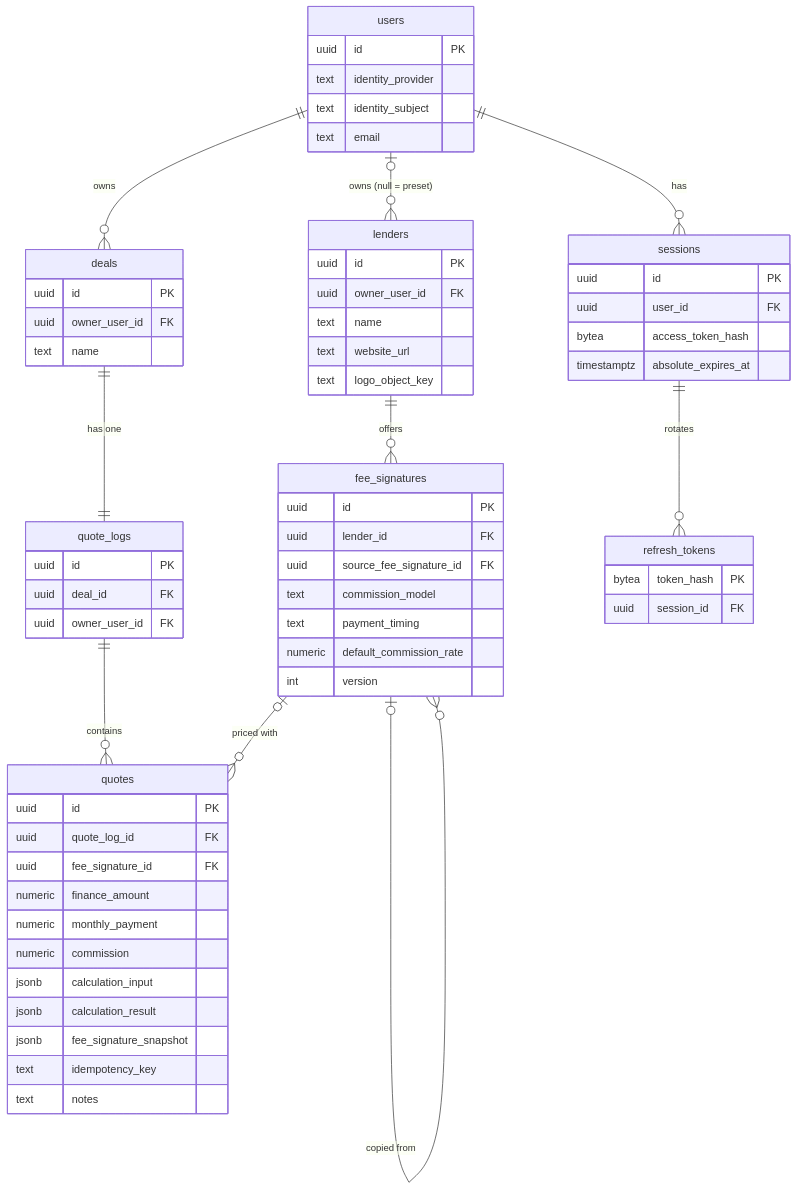
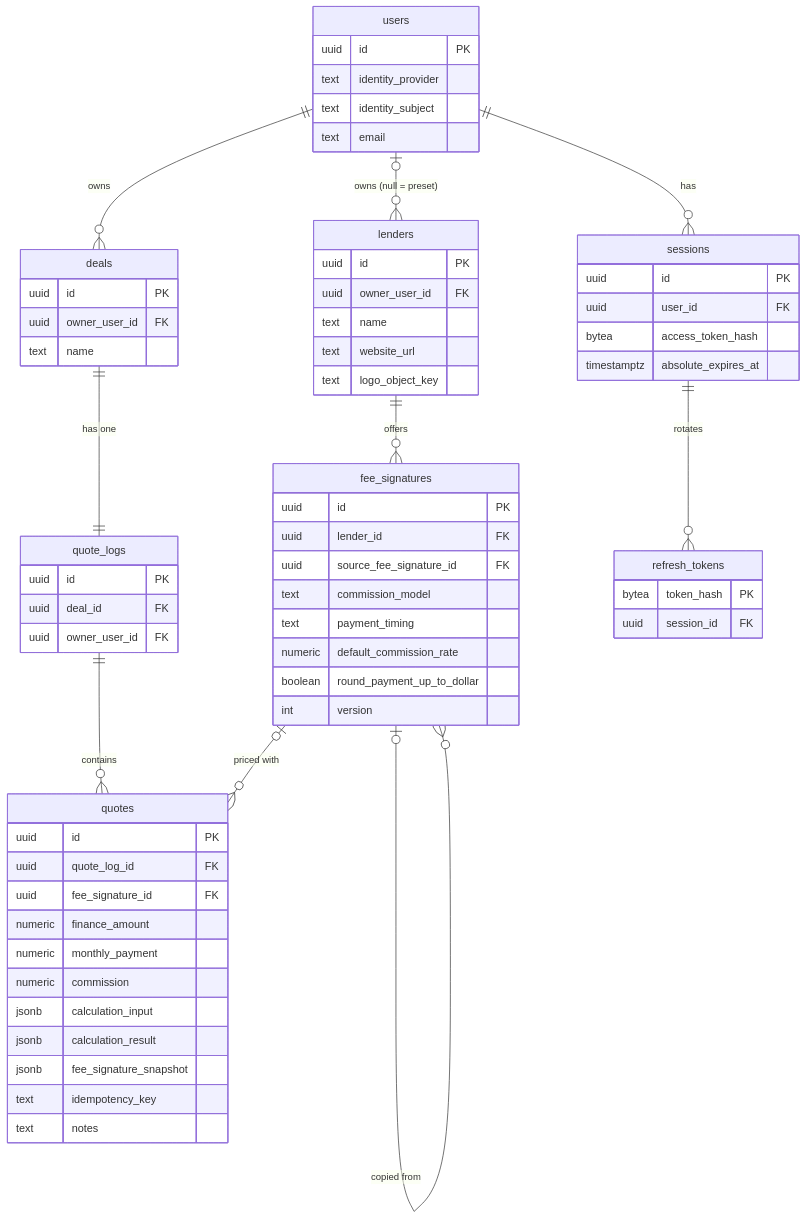
Before and after one commit to maharudraabhishek/swyft-loan-calculator: the third of 3 diagrams in README.md, drawn with Mermaid. The commit also changed other lines of this file and 91 other files, not shown here.

````diff
--- a/README.md
+++ b/README.md
@@ -91,68 +94,69 @@
 ```mermaid
 erDiagram
   users ||--o{ deals : owns
   deals ||--|| quote_logs : "has one"
   quote_logs ||--o{ quotes : contains
   users |o--o{ lenders : "owns (null = preset)"
   lenders ||--o{ fee_signatures : offers
   fee_signatures |o--o{ fee_signatures : "copied from"
   fee_signatures |o--o{ quotes : "priced with"
   users ||--o{ sessions : has
   sessions ||--o{ refresh_tokens : rotates
 
   users {
     uuid id PK
     text identity_provider
     text identity_subject
     text email
   }
   deals {
     uuid id PK
     uuid owner_user_id FK
     text name
   }
   quote_logs {
     uuid id PK
     uuid deal_id FK
     uuid owner_user_id FK
   }
   quotes {
     uuid id PK
     uuid quote_log_id FK
     uuid fee_signature_id FK
     numeric finance_amount
     numeric monthly_payment
     numeric commission
     jsonb calculation_input
     jsonb calculation_result
     jsonb fee_signature_snapshot
     text idempotency_key
     text notes
   }
   lenders {
     uuid id PK
     uuid owner_user_id FK
     text name
     text website_url
     text logo_object_key
   }
   fee_signatures {
     uuid id PK
     uuid lender_id FK
     uuid source_fee_signature_id FK
     text commission_model
     text payment_timing
     numeric default_commission_rate
+    boolean round_payment_up_to_dollar
     int version
   }
   sessions {
     uuid id PK
     uuid user_id FK
     bytea access_token_hash
     timestamptz absolute_expires_at
   }
   refresh_tokens {
     bytea token_hash PK
     uuid session_id FK
   }
 ```
````
